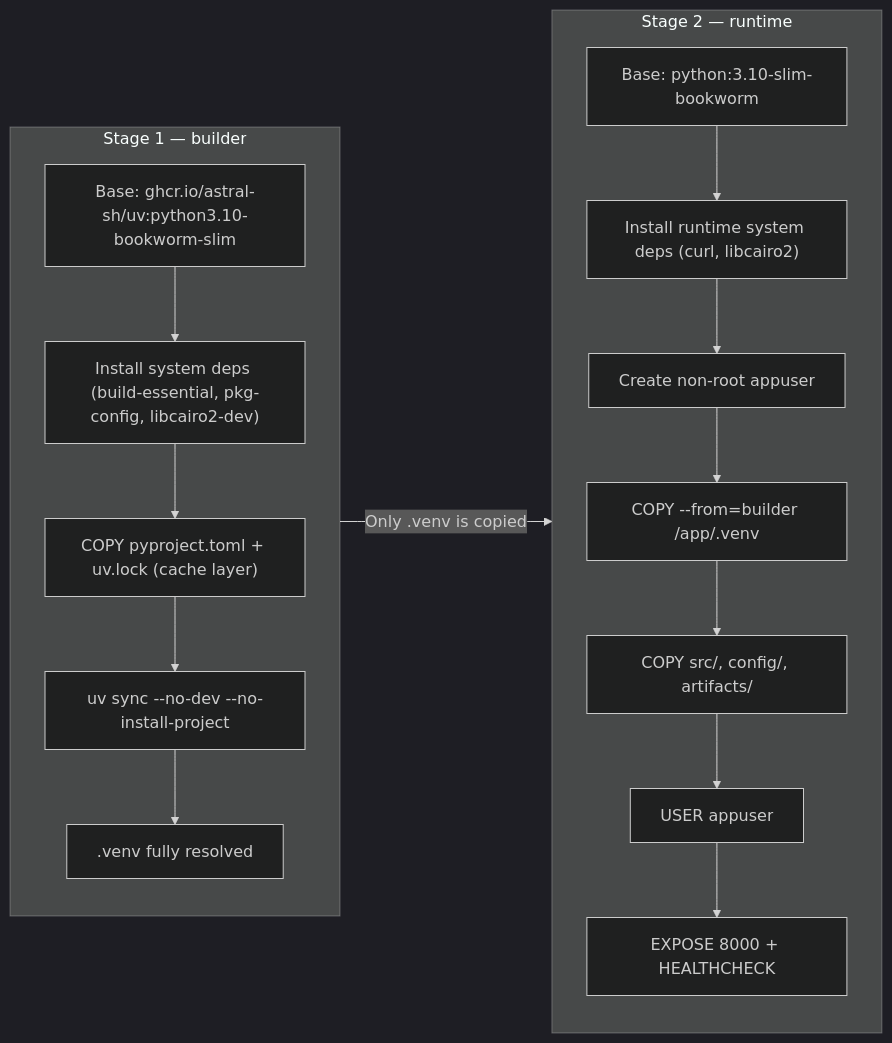
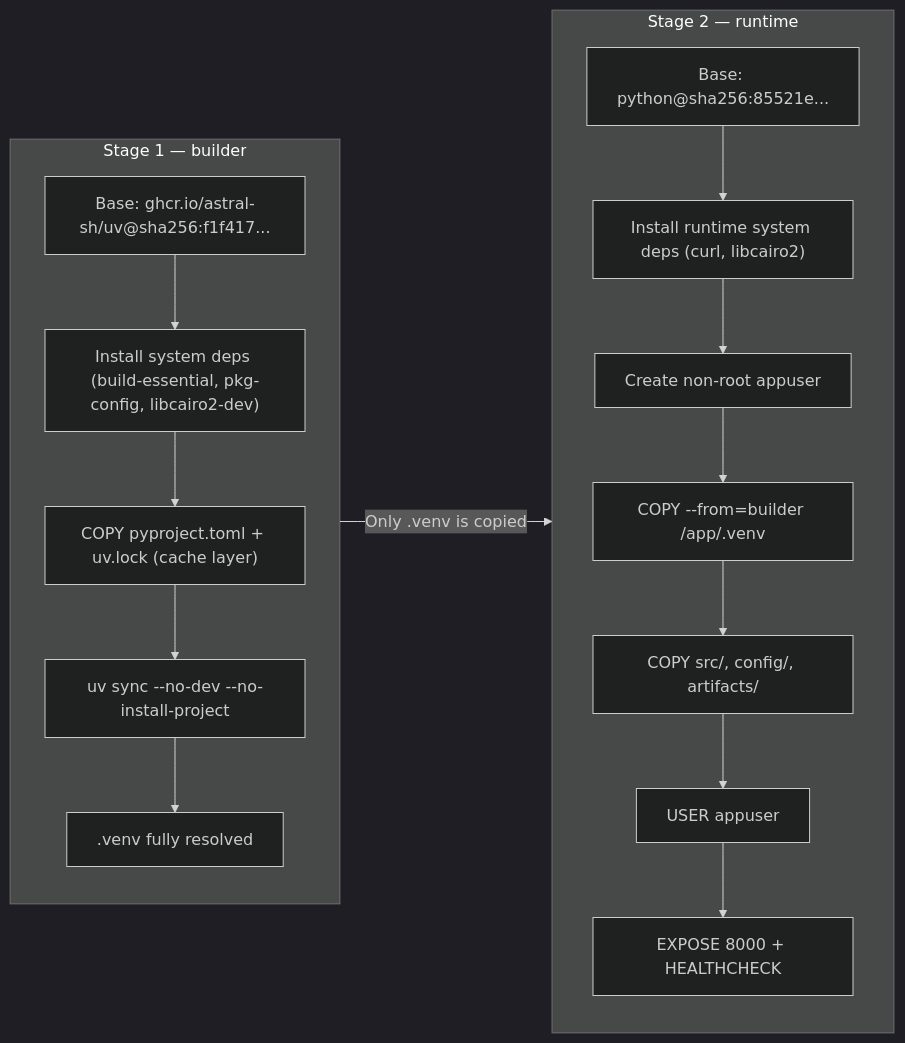
The diagram in reports/docs/architecture/containerization_report.md (SebastianGarrido2790/hybrid-agentic-ml-for-risk-assessment), drawn with Mermaid (dark theme) before and after one commit. The commit also changed other lines of this file and 25 other files, not shown here.

````diff
--- a/reports/docs/architecture/containerization_report.md
+++ b/reports/docs/architecture/containerization_report.md
@@ -25,24 +25,24 @@
 ```mermaid
 flowchart LR
     subgraph Stage1["Stage 1 — builder"]
-        B1["Base: ghcr.io/astral-sh/uv:python3.10-bookworm-slim"]
+        B1["Base: ghcr.io/astral-sh/uv@sha256:f1f417..."]
         B2["Install system deps (build-essential, pkg-config, libcairo2-dev)"]
         B3["COPY pyproject.toml + uv.lock (cache layer)"]
         B4["uv sync --no-dev --no-install-project"]
         B5[".venv fully resolved"]
         B1 --> B2 --> B3 --> B4 --> B5
     end
 
     subgraph Stage2["Stage 2 — runtime"]
-        R1["Base: python:3.10-slim-bookworm"]
+        R1["Base: python@sha256:85521e..."]
         R2["Install runtime system deps (curl, libcairo2)"]
         R3["Create non-root appuser"]
         R4["COPY --from=builder /app/.venv"]
         R5["COPY src/, config/, artifacts/"]
         R6["USER appuser"]
         R7["EXPOSE 8000 + HEALTHCHECK"]
         R1 --> R2 --> R3 --> R4 --> R5 --> R6 --> R7
     end
 
     Stage1 -->|"Only .venv is copied"| Stage2
 ```
````
